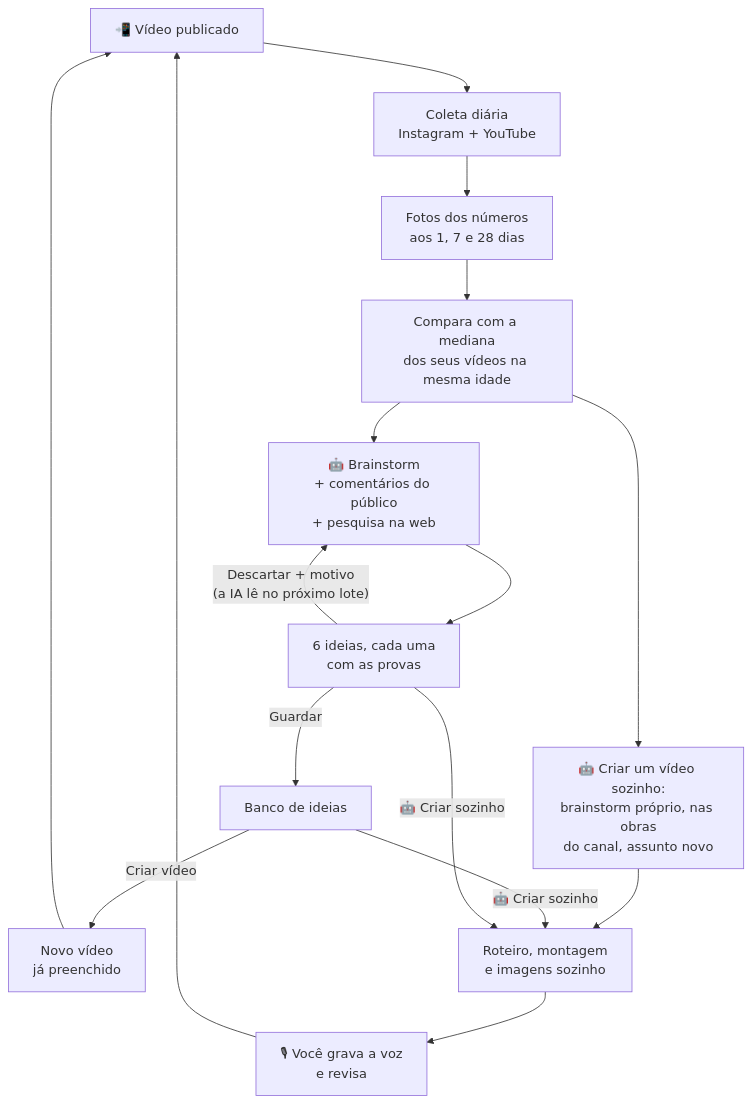
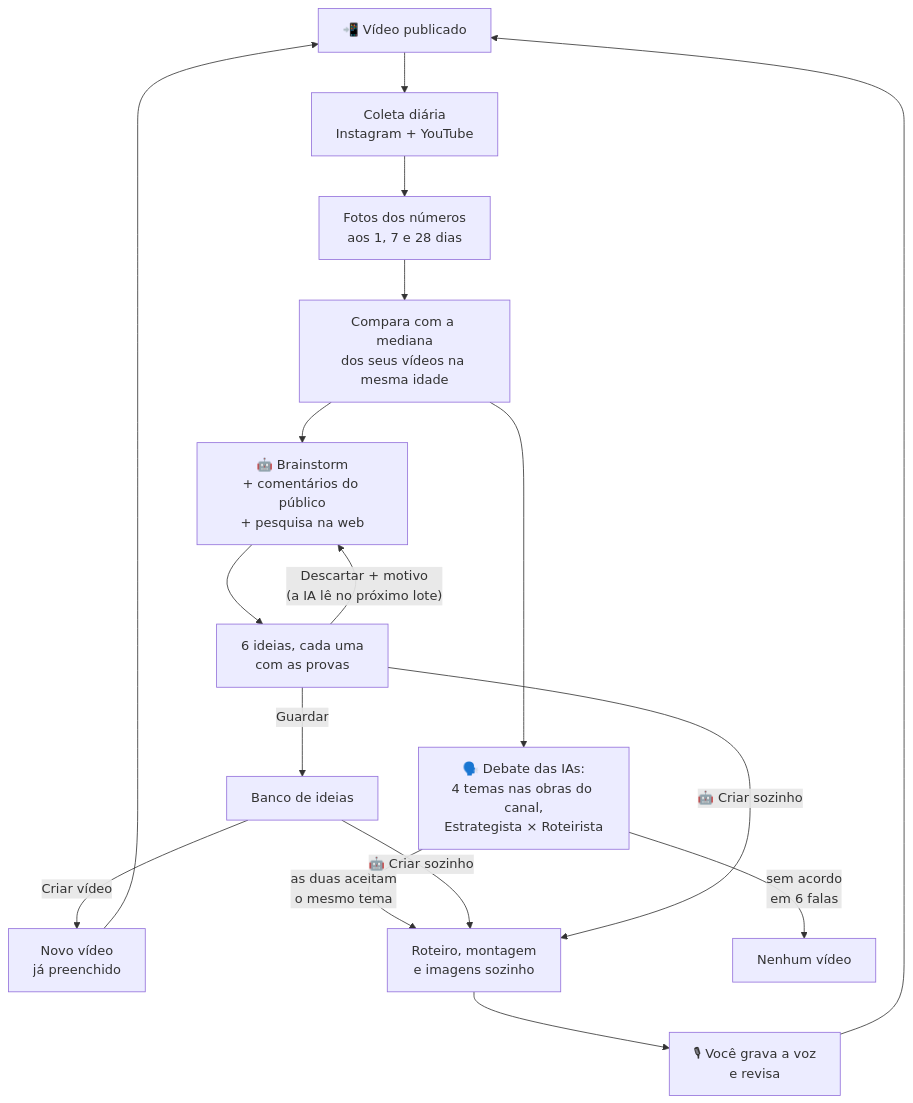
Before and after one commit to Edugiyuu/InstaSearch: the diagram in docs/diagramas/13-ciclo-das-ideias.mmd, drawn with Mermaid. The commit also changed 29 other files, not shown here.

First line of the commit message:
feat: debate das IAs antes de criar o vídeo (ADR 0027)

```diff
--- a/docs/diagramas/13-ciclo-das-ideias.mmd
+++ b/docs/diagramas/13-ciclo-das-ideias.mmd
@@ -1,16 +1,17 @@
 flowchart TD
     PUB["📲 Vídeo publicado"] --> COL["Coleta diária<br/>Instagram + YouTube"]
     COL --> FOT["Fotos dos números<br/>aos 1, 7 e 28 dias"]
     FOT --> CMP["Compara com a mediana<br/>dos seus vídeos na mesma idade"]
     CMP --> BR["🤖 Brainstorm<br/>+ comentários do público<br/>+ pesquisa na web"]
     BR --> ID["6 ideias, cada uma<br/>com as provas"]
     ID -- "Guardar" --> BANK["Banco de ideias"]
     ID -- "Descartar + motivo<br/>(a IA lê no próximo lote)" --> BR
     BANK -- "Criar vídeo" --> NEW["Novo vídeo<br/>já preenchido"]
     NEW --> PUB
-    CMP --> OWN["🤖 Criar um vídeo sozinho:<br/>brainstorm próprio, nas obras<br/>do canal, assunto novo"]
-    OWN --> AUTO["Roteiro, montagem<br/>e imagens sozinho"]
+    CMP --> OWN["🗣️ Debate das IAs:<br/>4 temas nas obras do canal,<br/>Estrategista × Roteirista"]
+    OWN -- "as duas aceitam<br/>o mesmo tema" --> AUTO["Roteiro, montagem<br/>e imagens sozinho"]
+    OWN -- "sem acordo<br/>em 6 falas" --> NONE["Nenhum vídeo"]
     BANK -- "🤖 Criar sozinho" --> AUTO
     ID -- "🤖 Criar sozinho" --> AUTO
     AUTO --> VOZ["🎙 Você grava a voz<br/>e revisa"]
     VOZ --> PUB
```
